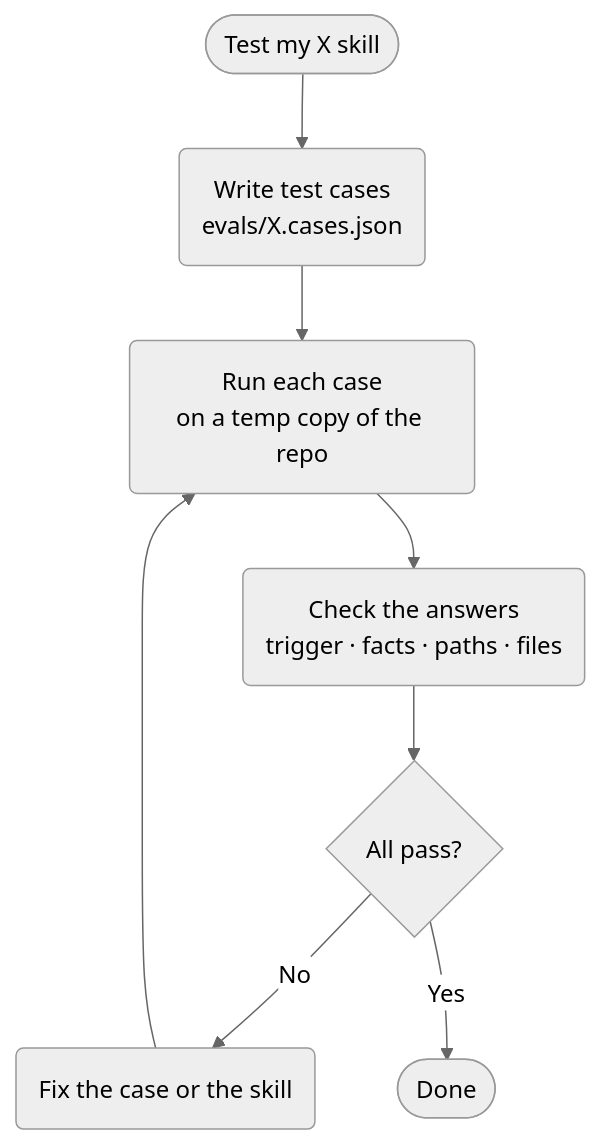
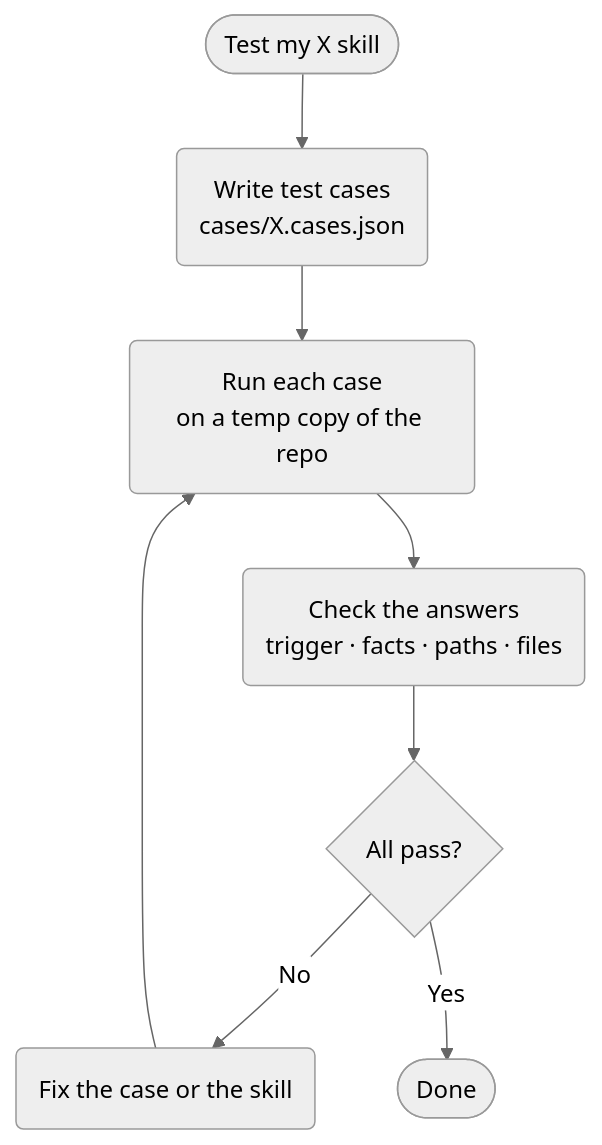
One commit to ejtx16/ai-tutorials changed the diagram in skill-eval/.claude/skills/skill-eval/README.md. Above: the diagram before and after it, drawn with Mermaid. The commit also changed other lines of this file and 2 other files, not shown here.

First line of the commit message:
feat(skill-eval): cases/ + runs/ eval dir layout, HTML report

````diff
--- a/skill-eval/.claude/skills/skill-eval/README.md
+++ b/skill-eval/.claude/skills/skill-eval/README.md
@@ -9,11 +9,11 @@
 ```mermaid
 %%{init: {"theme": "neutral"}}%%
 flowchart TD
-    A(["Test my X skill"]) --> B("Write test cases<br/>evals/X.cases.json")
+    A(["Test my X skill"]) --> B("Write test cases<br/>cases/X.cases.json")
     B --> C("Run each case<br/>on a temp copy of the repo")
     C --> D("Check the answers<br/>trigger · facts · paths · files")
     D --> E{"All pass?"}
     E -- "No" --> F("Fix the case or the skill")
     F --> C
     E -- "Yes" --> G(["Done"])
 ```
````
